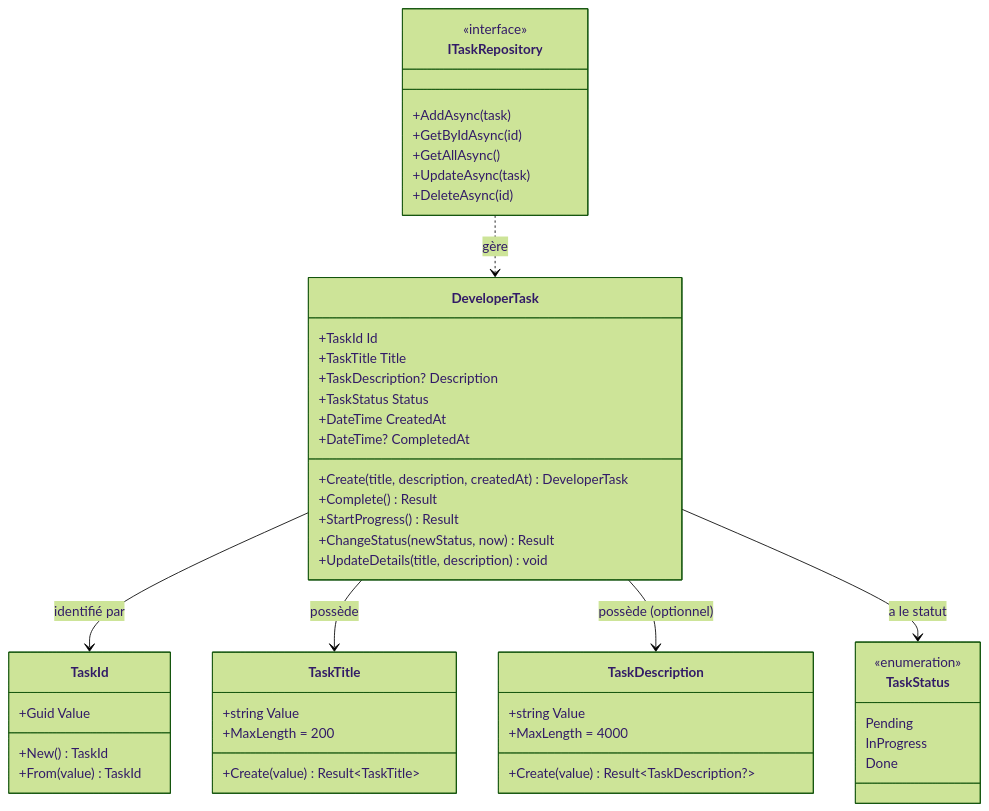
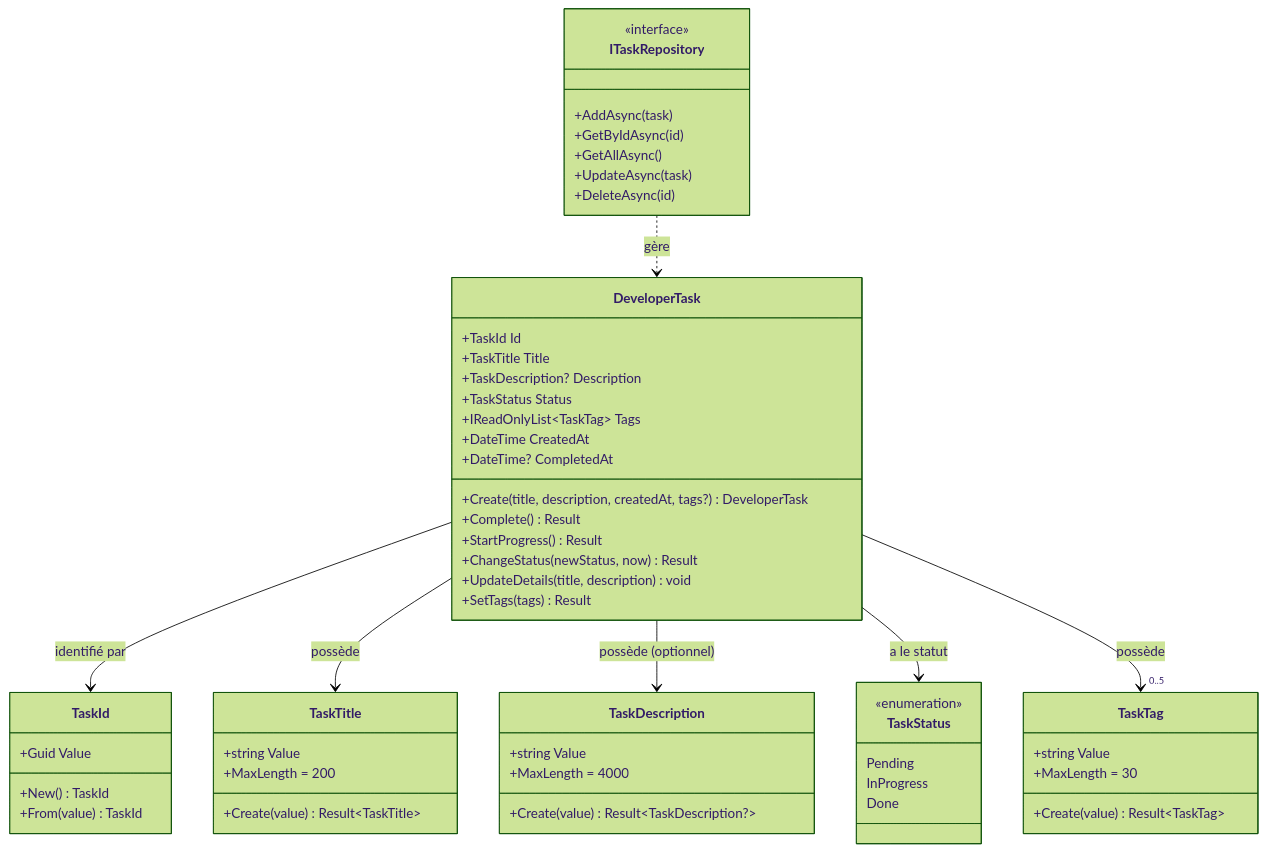
One commit to Monbsoft/Kairudev changed the third of 24 diagrams in docs/spec.md. Above: the diagram before and after it, drawn with Mermaid (forest theme). The commit also changed other lines of this file and 36 other files, not shown here.

````diff
--- a/docs/spec.md
+++ b/docs/spec.md
@@ -165,56 +165,65 @@
 ```mermaid
 classDiagram
     class DeveloperTask {
         +TaskId Id
         +TaskTitle Title
         +TaskDescription? Description
         +TaskStatus Status
+        +IReadOnlyList~TaskTag~ Tags
         +DateTime CreatedAt
         +DateTime? CompletedAt
-        +Create(title, description, createdAt) DeveloperTask
+        +Create(title, description, createdAt, tags?) DeveloperTask
         +Complete() Result
         +StartProgress() Result
         +ChangeStatus(newStatus, now) Result
         +UpdateDetails(title, description) void
+        +SetTags(tags) Result
     }
 
     class TaskId {
         +Guid Value
         +New() TaskId
         +From(value) TaskId
     }
 
     class TaskTitle {
         +string Value
         +MaxLength = 200
         +Create(value) Result~TaskTitle~
     }
 
     class TaskDescription {
         +string Value
         +MaxLength = 4000
         +Create(value) Result~TaskDescription?~
     }
 
     class TaskStatus {
         <<enumeration>>
         Pending
         InProgress
         Done
     }
 
+    class TaskTag {
+        +string Value
+        +MaxLength = 30
+        +Create(value) Result~TaskTag~
+    }
+
     class ITaskRepository {
         <<interface>>
         +AddAsync(task)
         +GetByIdAsync(id)
         +GetAllAsync()
         +UpdateAsync(task)
         +DeleteAsync(id)
     }
 
     DeveloperTask --> TaskId : identifié par
     DeveloperTask --> TaskTitle : possède
     DeveloperTask --> TaskDescription : possède (optionnel)
     DeveloperTask --> TaskStatus : a le statut
+    DeveloperTask --> "0..5" TaskTag : possède
     ITaskRepository ..> DeveloperTask : gère
 ```
````
